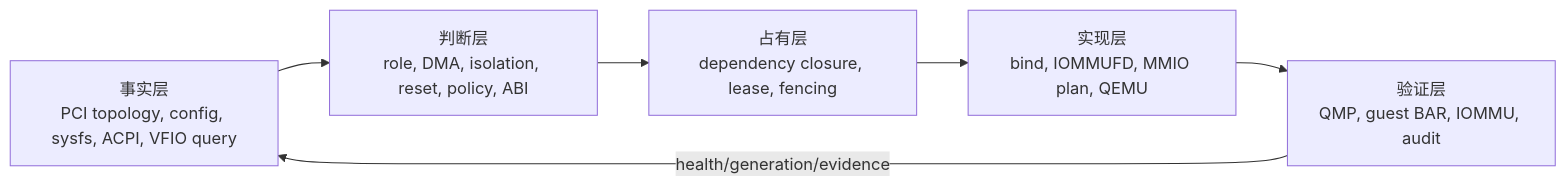
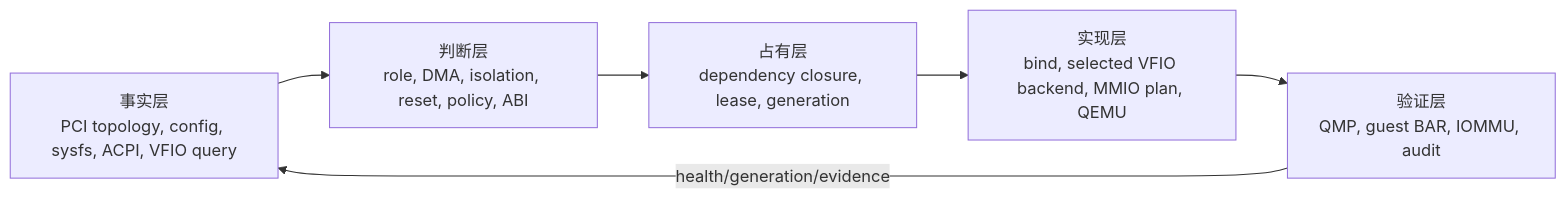
One commit to JoJoJoinme/pci-mmio-notes changed the fifth of 21 diagrams in qemu-static-dynamic-directpath-design.md. Above: the diagram before and after it, drawn with Mermaid. The commit also changed other lines of this file and 48 other files, not shown here.

````diff
--- a/qemu-static-dynamic-directpath-design.md
+++ b/qemu-static-dynamic-directpath-design.md
@@ -277,11 +285,11 @@
 ```mermaid
 flowchart LR
     FACT["事实层<br/>PCI topology, config, sysfs, ACPI, VFIO query"]
     DECIDE["判断层<br/>role, DMA, isolation, reset, policy, ABI"]
-    OWN["占有层<br/>dependency closure, lease, fencing"]
-    REALIZE["实现层<br/>bind, IOMMUFD, MMIO plan, QEMU"]
+    OWN["占有层<br/>dependency closure, lease, generation"]
+    REALIZE["实现层<br/>bind, selected VFIO backend, MMIO plan, QEMU"]
     PROVE["验证层<br/>QMP, guest BAR, IOMMU, audit"]
 
     FACT --> DECIDE --> OWN --> REALIZE --> PROVE
     PROVE -- "health/generation/evidence" --> FACT
 ```
````
